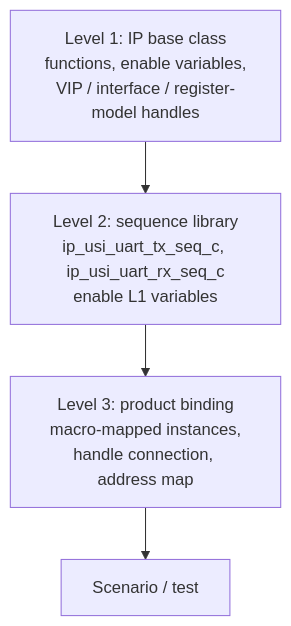
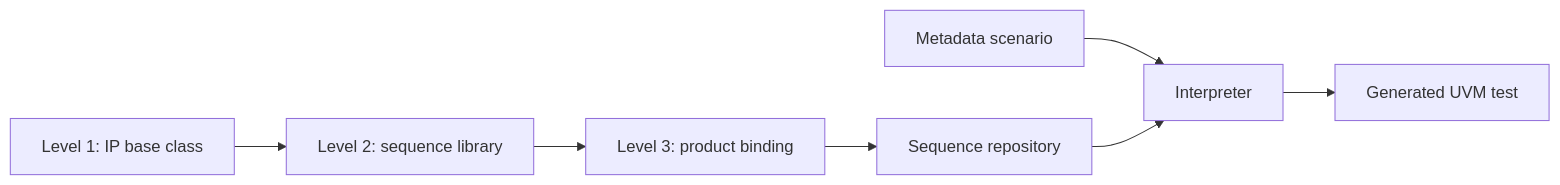
One commit to nemo99007/yt-paper changed the diagram in docs/papers/ref-20261018-912a-strategies-to-maximize-reusability-of-uvm-test-scenarios-in.md. Above: the diagram before and after it, drawn with Mermaid. The commit also changed other lines of this file and 172 other files, not shown here.

````diff
--- a/docs/papers/ref-20261018-912a-strategies-to-maximize-reusability-of-uvm-test-scenarios-in.md
+++ b/docs/papers/ref-20261018-912a-strategies-to-maximize-reusability-of-uvm-test-scenarios-in.md
@@ -199,6 +212,8 @@
 ```mermaid
-flowchart TD
-    L1["Level 1: IP base class<br/>functions, enable variables,<br/>VIP / interface / register-model handles"] --> L2["Level 2: sequence library<br/>ip_usi_uart_tx_seq_c, ip_usi_uart_rx_seq_c<br/>enable L1 variables"]
-    L2 --> L3["Level 3: product binding<br/>macro-mapped instances,<br/>handle connection, address map"]
-    L3 --> S["Scenario / test"]
+flowchart LR
+  L1[Level 1: IP base class] --> L2[Level 2: sequence library]
+  L2 --> L3[Level 3: product binding]
+  L3 --> R[Sequence repository]
+  M[Metadata scenario] --> I[Interpreter] --> T[Generated UVM test]
+  R --> I
 ```
````
